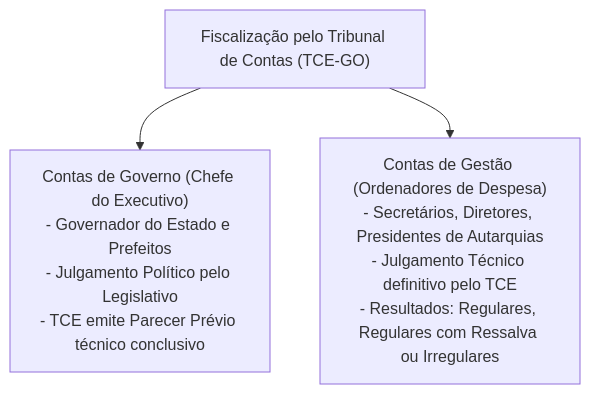
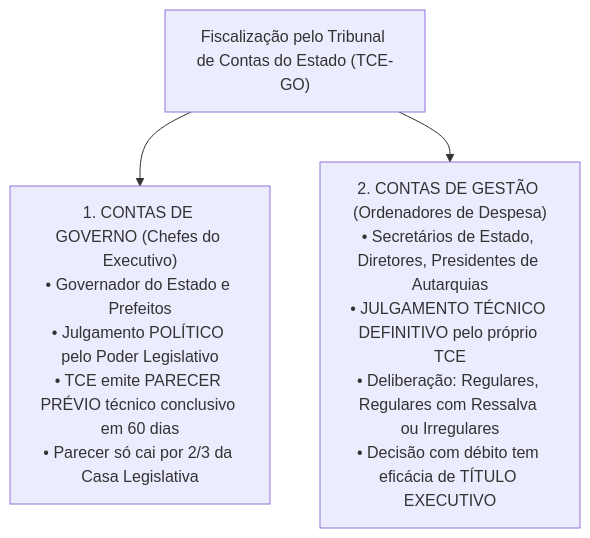
The sixth of 6 diagrams in fontes_de_estudo/conhecimentos_especificos_a01_tecnico_administrativo/20_contabilidade_aplicada_ao_setor_publico/04_demonstracoes_contabeis_mcasp_e_prestacao_de_contas.md (thiagosantos346/TCE-GO-2027), drawn with Mermaid before and after one commit. The commit also changed other lines of this file and 119 other files, not shown here.

````diff
--- a/fontes_de_estudo/conhecimentos_especificos_a01_tecnico_administrativo/20_contabilidade_aplicada_ao_setor_publico/04_demonstracoes_contabeis_mcasp_e_prestacao_de_contas.md
+++ b/fontes_de_estudo/conhecimentos_especificos_a01_tecnico_administrativo/20_contabilidade_aplicada_ao_setor_publico/04_demonstracoes_contabeis_mcasp_e_prestacao_de_contas.md
@@ -210,8 +194,8 @@
 ```mermaid
 flowchart TD
-    PC["Fiscalização pelo Tribunal de Contas (TCE-GO)"]
+    PC["Fiscalização pelo Tribunal de Contas do Estado (TCE-GO)"]
     
-    PC --> ContasGov["Contas de Governo (Chefe do Executivo)<br/>- Governador do Estado e Prefeitos<br/>- Julgamento Político pelo Legislativo<br/>- TCE emite Parecer Prévio técnico conclusivo"]
+    PC --> CG["1. CONTAS DE GOVERNO (Chefes do Executivo)<br/>• Governador do Estado e Prefeitos<br/>• Julgamento POLÍTICO pelo Poder Legislativo<br/>• TCE emite PARECER PRÉVIO técnico conclusivo em 60 dias<br/>• Parecer só cai por 2/3 da Casa Legislativa"]
     
-    PC --> ContasGest["Contas de Gestão (Ordenadores de Despesa)<br/>- Secretários, Diretores, Presidentes de Autarquias<br/>- Julgamento Técnico definitivo pelo TCE<br/>- Resultados: Regulares, Regulares com Ressalva ou Irregulares"]
+    PC --> CGEST["2. CONTAS DE GESTÃO (Ordenadores de Despesa)<br/>• Secretários de Estado, Diretores, Presidentes de Autarquias<br/>• JULGAMENTO TÉCNICO DEFINITIVO pelo próprio TCE<br/>• Deliberação: Regulares, Regulares com Ressalva ou Irregulares<br/>• Decisão com débito tem eficácia de TÍTULO EXECUTIVO"]
 ```
````
